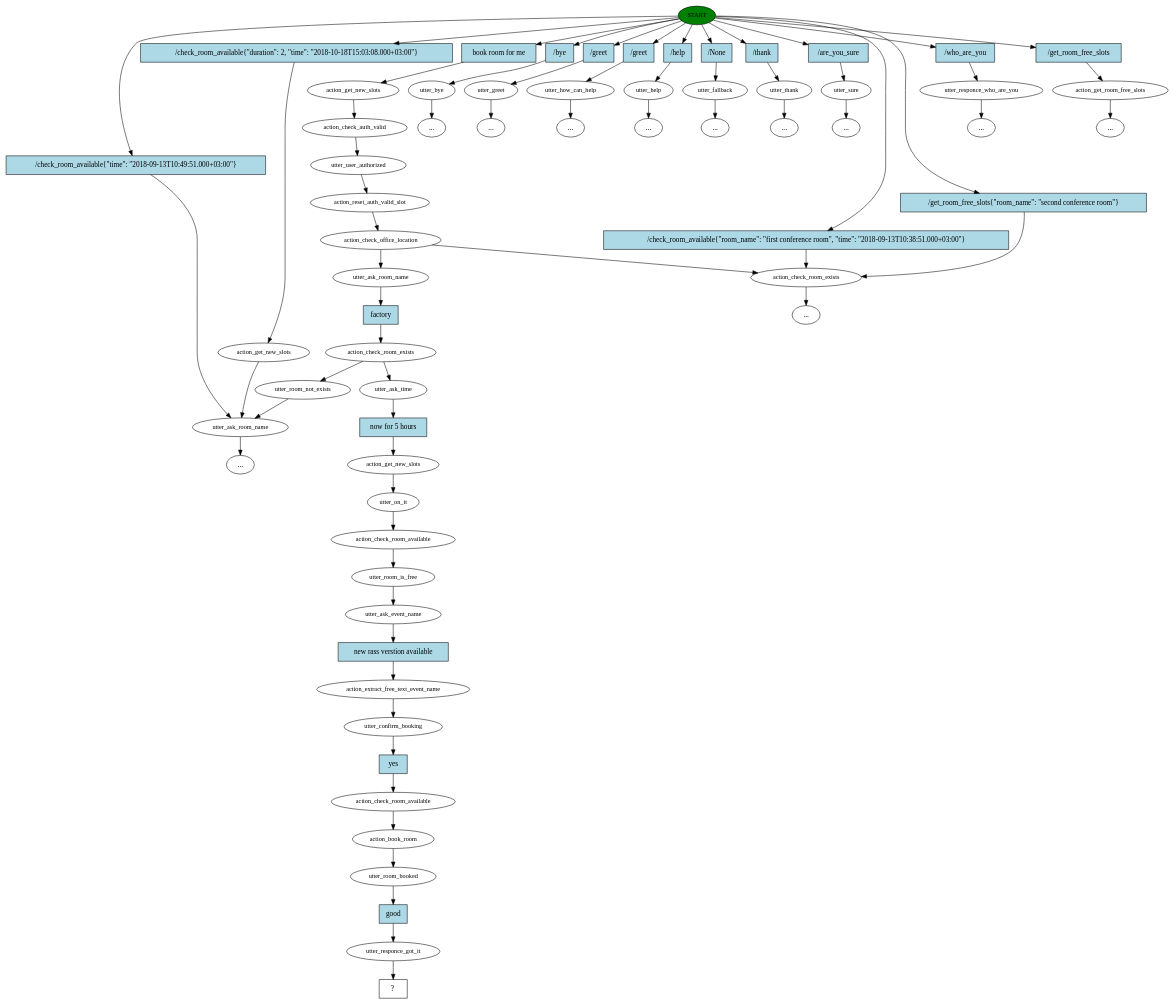
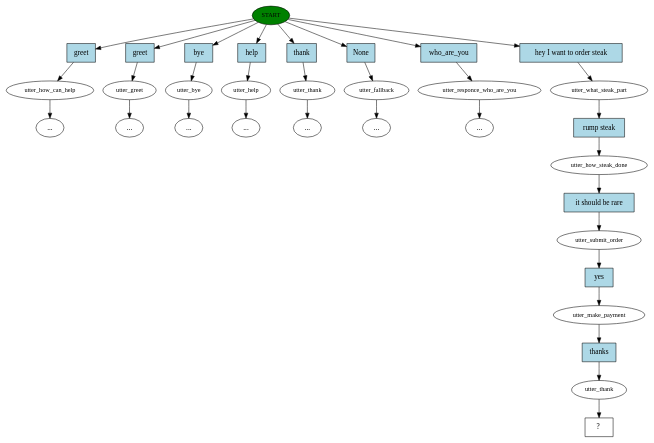
Before and after one commit to meksikann/cpd-bot: the diagram in bot-brain/story_graph.dot, drawn with Graphviz. The commit also changed 19 other files, not shown here.

```diff
--- a/bot-brain/story_graph.dot
+++ b/bot-brain/story_graph.dot
@@ -1,133 +1,67 @@
 digraph  {
 0 [style=filled, fontsize=12, class="start active", fillcolor=green, label=START];
-1 [fontsize=12, class=active, label=action_get_new_slots];
-2 [fontsize=12, class=active, label=action_check_auth_valid];
-3 [fontsize=12, class=active, label=utter_user_authorized];
-4 [fontsize=12, class=active, label=action_reset_auth_valid_slot];
-5 [fontsize=12, class=active, label=action_check_office_location];
-6 [fontsize=12, class=active, label=utter_ask_room_name];
-7 [fontsize=12, class=active, label=action_check_room_exists];
-8 [fontsize=12, class="", label=utter_room_not_exists];
-9 [fontsize=12, class="", label=utter_ask_room_name];
-10 [fontsize=12, class="", label=action_get_new_slots];
-12 [fontsize=12, class="", label=utter_bye];
-13 [fontsize=12, class="", label=utter_greet];
-15 [fontsize=12, class="", label=utter_how_can_help];
-19 [fontsize=12, class="", label=utter_help];
-23 [fontsize=12, class="", label=utter_fallback];
-24 [fontsize=12, class="", label=utter_thank];
-26 [fontsize=12, class="", label=utter_sure];
-35 [fontsize=12, class="", label=action_check_room_exists];
-36 [fontsize=12, class="", label=utter_responce_who_are_you];
-42 [fontsize=12, class="", label=action_get_room_free_slots];
-72 [fontsize=12, class=active, label=utter_ask_time];
-73 [fontsize=12, class=active, label=action_get_new_slots];
-74 [fontsize=12, class=active, label=utter_on_it];
-75 [fontsize=12, class=active, label=action_check_room_available];
-76 [fontsize=12, class=active, label=utter_room_is_free];
-77 [fontsize=12, class=active, label=utter_ask_event_name];
-78 [fontsize=12, class=active, label=action_extract_free_text_event_name];
-79 [fontsize=12, class=active, label=utter_confirm_booking];
-80 [fontsize=12, class=active, label=action_check_room_available];
-81 [fontsize=12, class=active, label=action_book_room];
-82 [fontsize=12, class=active, label=utter_room_booked];
-83 [fontsize=12, class=active, label=utter_responce_got_it];
-84 [shape=rect, class="intent dashed active", label="  ?  "];
-85 [label="book room for me", shape=rect, style=filled, class="intent active", fillcolor=lightblue];
-86 [label="/check_room_available{\"time\": \"2018-09-13T10:49:51.000+03:00\"}", shape=rect, style=filled, class=intent, fillcolor=lightblue];
-87 [label="/check_room_available{\"duration\": 2, \"time\": \"2018-10-18T15:03:08.000+03:00\"}", shape=rect, style=filled, class=intent, fillcolor=lightblue];
-88 [label="/bye", shape=rect, style=filled, class=intent, fillcolor=lightblue];
-89 [label="/greet", shape=rect, style=filled, class=intent, fillcolor=lightblue];
-90 [label="/greet", shape=rect, style=filled, class=intent, fillcolor=lightblue];
-91 [label="/help", shape=rect, style=filled, class=intent, fillcolor=lightblue];
-92 [label="/None", shape=rect, style=filled, class=intent, fillcolor=lightblue];
-93 [label="/thank", shape=rect, style=filled, class=intent, fillcolor=lightblue];
-94 [label="/are_you_sure", shape=rect, style=filled, class=intent, fillcolor=lightblue];
-95 [label="/get_room_free_slots{\"room_name\": \"second conference room\"}", shape=rect, style=filled, class=intent, fillcolor=lightblue];
-96 [label="/check_room_available{\"room_name\": \"first conference room\", \"time\": \"2018-09-13T10:38:51.000+03:00\"}", shape=rect, style=filled, class=intent, fillcolor=lightblue];
-97 [label="/who_are_you", shape=rect, style=filled, class=intent, fillcolor=lightblue];
-98 [label="/get_room_free_slots", shape=rect, style=filled, class=intent, fillcolor=lightblue];
-99 [label=factory, shape=rect, style=filled, class="intent active", fillcolor=lightblue];
-100 [label="now for 5 hours", shape=rect, style=filled, class="intent active", fillcolor=lightblue];
-101 [label="new rass verstion available", shape=rect, style=filled, class="intent active", fillcolor=lightblue];
-102 [label=yes, shape=rect, style=filled, class="intent active", fillcolor=lightblue];
-103 [label=good, shape=rect, style=filled, class="intent active", fillcolor=lightblue];
-"-45" [class=ellipsis, label="..."];
-"-42" [class=ellipsis, label="..."];
-"-41" [class=ellipsis, label="..."];
-"-39" [class=ellipsis, label="..."];
-"-35" [class=ellipsis, label="..."];
-"-29" [class=ellipsis, label="..."];
-"-23" [class=ellipsis, label="..."];
-"-18" [class=ellipsis, label="..."];
-"-16" [class=ellipsis, label="..."];
+1 [fontsize=12, class="", label=utter_how_can_help];
+2 [fontsize=12, class="", label=utter_greet];
+3 [fontsize=12, class="", label=utter_bye];
+4 [fontsize=12, class="", label=utter_help];
+6 [fontsize=12, class="", label=utter_thank];
+7 [fontsize=12, class="", label=utter_fallback];
+13 [fontsize=12, class="", label=utter_responce_who_are_you];
+14 [fontsize=12, class=active, label=utter_what_steak_part];
+15 [fontsize=12, class=active, label=utter_how_steak_done];
+16 [fontsize=12, class=active, label=utter_submit_order];
+17 [fontsize=12, class=active, label=utter_make_payment];
+18 [fontsize=12, class=active, label=utter_thank];
+19 [shape=rect, class="intent dashed active", label="  ?  "];
+20 [label=greet, shape=rect, style=filled, class=intent, fillcolor=lightblue];
+21 [label=greet, shape=rect, style=filled, class=intent, fillcolor=lightblue];
+22 [label=bye, shape=rect, style=filled, class=intent, fillcolor=lightblue];
+23 [label=help, shape=rect, style=filled, class=intent, fillcolor=lightblue];
+24 [label=thank, shape=rect, style=filled, class=intent, fillcolor=lightblue];
+25 [label=None, shape=rect, style=filled, class=intent, fillcolor=lightblue];
+26 [label=who_are_you, shape=rect, style=filled, class=intent, fillcolor=lightblue];
+27 [label="hey I want to order steak", shape=rect, style=filled, class="intent active", fillcolor=lightblue];
+28 [label="rump steak", shape=rect, style=filled, class="intent active", fillcolor=lightblue];
+29 [label="it should be rare", shape=rect, style=filled, class="intent active", fillcolor=lightblue];
+30 [label=yes, shape=rect, style=filled, class="intent active", fillcolor=lightblue];
+31 [label=thanks, shape=rect, style=filled, class="intent active", fillcolor=lightblue];
+"-11" [class=ellipsis, label="..."];
 "-15" [class=ellipsis, label="..."];
+"-14" [class=ellipsis, label="..."];
+"-13" [class=ellipsis, label="..."];
+"-9" [class=ellipsis, label="..."];
+"-8" [class=ellipsis, label="..."];
 "-5" [class=ellipsis, label="..."];
-0 -> 85  [class=active, key=0];
-0 -> 86  [class="", key=0];
-0 -> 87  [class="", key=0];
-0 -> 88  [class="", key=0];
-0 -> 89  [class="", key=0];
-0 -> 90  [class="", key=0];
-0 -> 91  [class="", key=0];
-0 -> 92  [class="", key=0];
-0 -> 93  [class="", key=0];
-0 -> 94  [class="", key=0];
-0 -> 95  [class="", key=0];
-0 -> 96  [class="", key=0];
-0 -> 97  [class="", key=0];
-0 -> 98  [class="", key=0];
-1 -> 2  [class=active, key=NONE, label=""];
-2 -> 3  [class=active, key=NONE, label=""];
-3 -> 4  [class=active, key=NONE, label=""];
-4 -> 5  [class=active, key=NONE, label=""];
-5 -> 35  [class="", key=NONE, label=""];
-5 -> 6  [class=active, key=NONE, label=""];
-6 -> 99  [class=active, key=0];
-7 -> 8  [class="", key=NONE, label=""];
-7 -> 72  [class=active, key=NONE, label=""];
-8 -> 9  [class="", key=NONE, label=""];
-9 -> "-42"  [class="", key=NONE, label=""];
-10 -> 9  [class="", key=NONE, label=""];
-12 -> "-5"  [class="", key=NONE, label=""];
-13 -> "-45"  [class="", key=NONE, label=""];
-15 -> "-39"  [class="", key=NONE, label=""];
-19 -> "-41"  [class="", key=NONE, label=""];
-23 -> "-15"  [class="", key=NONE, label=""];
-24 -> "-16"  [class="", key=NONE, label=""];
-26 -> "-18"  [class="", key=NONE, label=""];
-35 -> "-35"  [class="", key=NONE, label=""];
-36 -> "-23"  [class="", key=NONE, label=""];
-42 -> "-29"  [class="", key=NONE, label=""];
-72 -> 100  [class=active, key=0];
-73 -> 74  [class=active, key=NONE, label=""];
-74 -> 75  [class=active, key=NONE, label=""];
-75 -> 76  [class=active, key=NONE, label=""];
-76 -> 77  [class=active, key=NONE, label=""];
-77 -> 101  [class=active, key=0];
-78 -> 79  [class=active, key=NONE, label=""];
-79 -> 102  [class=active, key=0];
-80 -> 81  [class=active, key=NONE, label=""];
-81 -> 82  [class=active, key=NONE, label=""];
-82 -> 103  [class=active, key=0];
-83 -> 84  [class=active, key=NONE, label=""];
-85 -> 1  [class=active, key=0];
-86 -> 9  [class="", key=0];
-87 -> 10  [class="", key=0];
-88 -> 12  [class="", key=0];
-89 -> 13  [class="", key=0];
-90 -> 15  [class="", key=0];
-91 -> 19  [class="", key=0];
-92 -> 23  [class="", key=0];
-93 -> 24  [class="", key=0];
-94 -> 26  [class="", key=0];
-95 -> 35  [class="", key=0];
-96 -> 35  [class="", key=0];
-97 -> 36  [class="", key=0];
-98 -> 42  [class="", key=0];
-99 -> 7  [class=active, key=0];
-100 -> 73  [class=active, key=0];
-101 -> 78  [class=active, key=0];
-102 -> 80  [class=active, key=0];
-103 -> 83  [class=active, key=0];
+0 -> 20  [class="", key=0];
+0 -> 21  [class="", key=0];
+0 -> 22  [class="", key=0];
+0 -> 23  [class="", key=0];
+0 -> 24  [class="", key=0];
+0 -> 25  [class="", key=0];
+0 -> 26  [class="", key=0];
+0 -> 27  [class=active, key=0];
+1 -> "-11"  [class="", key=NONE, label=""];
+2 -> "-14"  [class="", key=NONE, label=""];
+3 -> "-5"  [class="", key=NONE, label=""];
+4 -> "-13"  [class="", key=NONE, label=""];
+6 -> "-8"  [class="", key=NONE, label=""];
+7 -> "-9"  [class="", key=NONE, label=""];
+13 -> "-15"  [class="", key=NONE, label=""];
+14 -> 28  [class=active, key=0];
+15 -> 29  [class=active, key=0];
+16 -> 30  [class=active, key=0];
+17 -> 31  [class=active, key=0];
+18 -> 19  [class=active, key=NONE, label=""];
+20 -> 1  [class="", key=0];
+21 -> 2  [class="", key=0];
+22 -> 3  [class="", key=0];
+23 -> 4  [class="", key=0];
+24 -> 6  [class="", key=0];
+25 -> 7  [class="", key=0];
+26 -> 13  [class="", key=0];
+27 -> 14  [class=active, key=0];
+28 -> 15  [class=active, key=0];
+29 -> 16  [class=active, key=0];
+30 -> 17  [class=active, key=0];
+31 -> 18  [class=active, key=0];
 }
```
